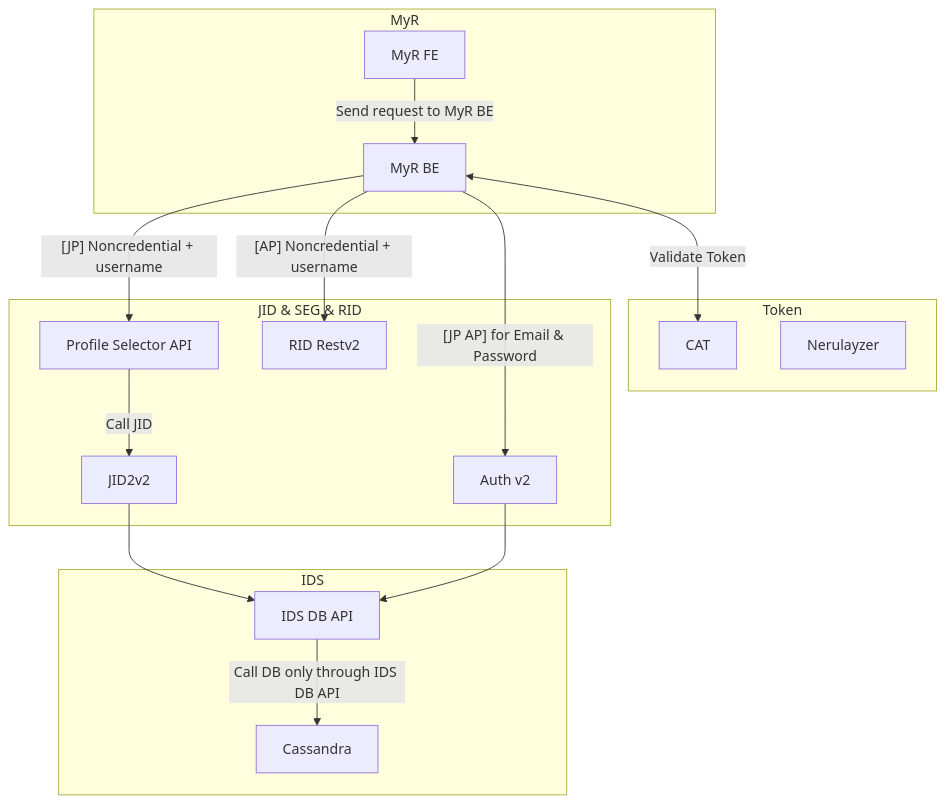
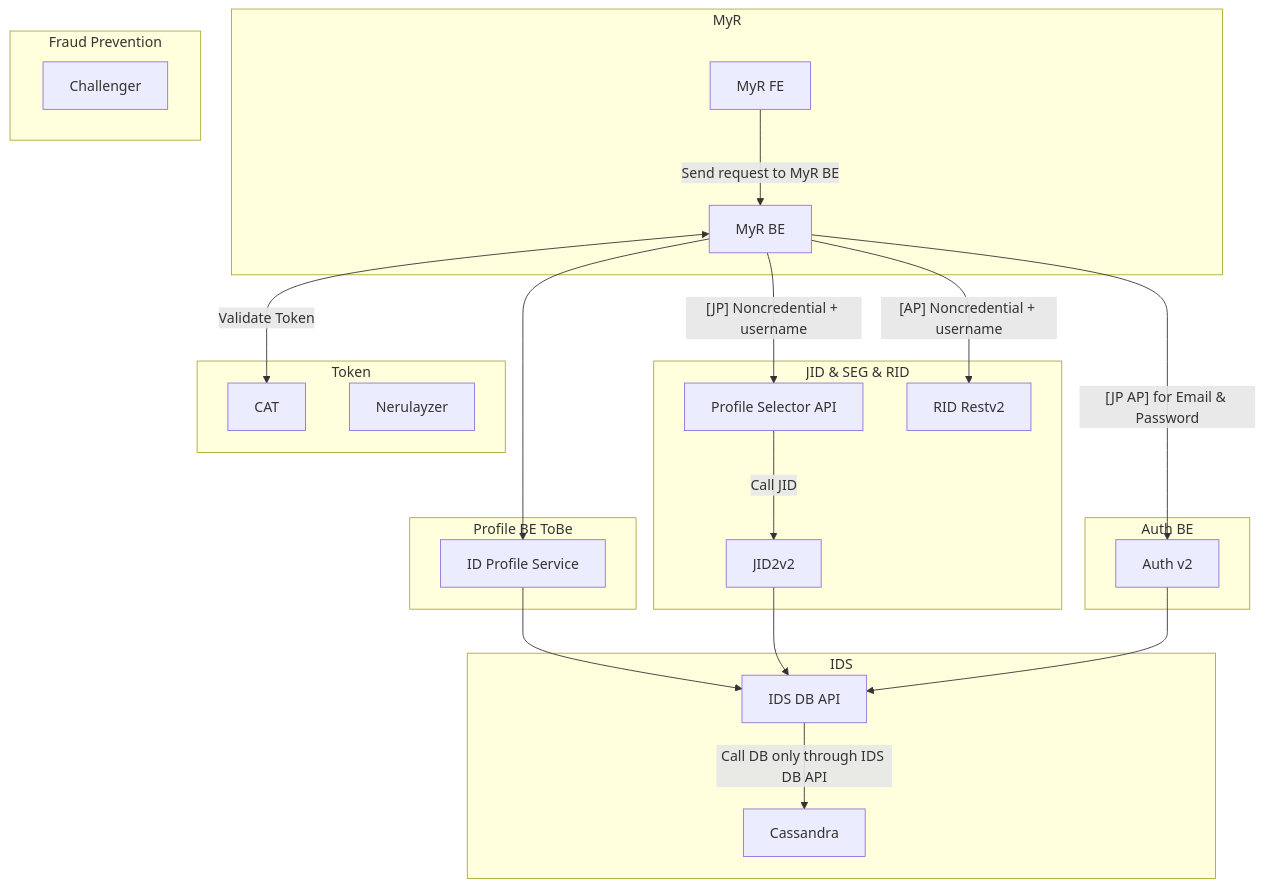
The diagram in MyR_Architecture.mer.md (micahhlc/info-general), drawn with Mermaid before and after one commit. The commit also changed 1 other file, not shown here.

Commit message:
update mermaid.md standard and myr_architecture.mer.md

````diff
--- a/MyR_Architecture.mer.md
+++ b/MyR_Architecture.mer.md
@@ -1,35 +1,48 @@
 ```mermaid
 
 graph 
     subgraph MyR
         FE.MyR[MyR FE]
         BE.MyR[MyR BE]
     end
 
-    subgraph Token
-        CAT[CAT]
-        Nerulayzer[Nerulayzer]
+    subgraph Fraud Prevention
+        Challenger[Challenger]
+    end
+
+    subgraph Profile BE ToBe
+        IDPS[ID Profile Service]
+    end
+
+    subgraph Auth BE
+        BE.Authv2[Auth v2]
     end
 
     subgraph JID & SEG & RID
         BE.ProfileSelector[Profile Selector API]
         BE.JID2v2[JID2v2]
-        BE.Authv2[Auth v2]
         BE.Restv2[RID Restv2]
+    end
+
+    subgraph Token
+        CAT[CAT]
+        Nerulayzer[Nerulayzer]
     end
 
     subgraph IDS
         DB.API[IDS DB API]
         DB[Cassandra]
     end
 
+    BE.MyR -- " " --> IDPS
+    IDPS -- " " --> DB.API
     FE.MyR -- "Send request to MyR BE" --> BE.MyR
     BE.MyR -- "[JP] Noncredential + username" --> BE.ProfileSelector
     BE.MyR <-- "Validate Token" --> CAT
     BE.MyR -- "[AP] Noncredential + username" --> BE.Restv2
     BE.MyR -- "[JP AP] for Email & Password" --> BE.Authv2
     BE.ProfileSelector -- "Call JID" --> BE.JID2v2
     BE.JID2v2 -- " " --> DB.API
     BE.Authv2 -- " " --> DB.API
     DB.API -- "Call DB only through IDS DB API" --> DB
 ```
````
